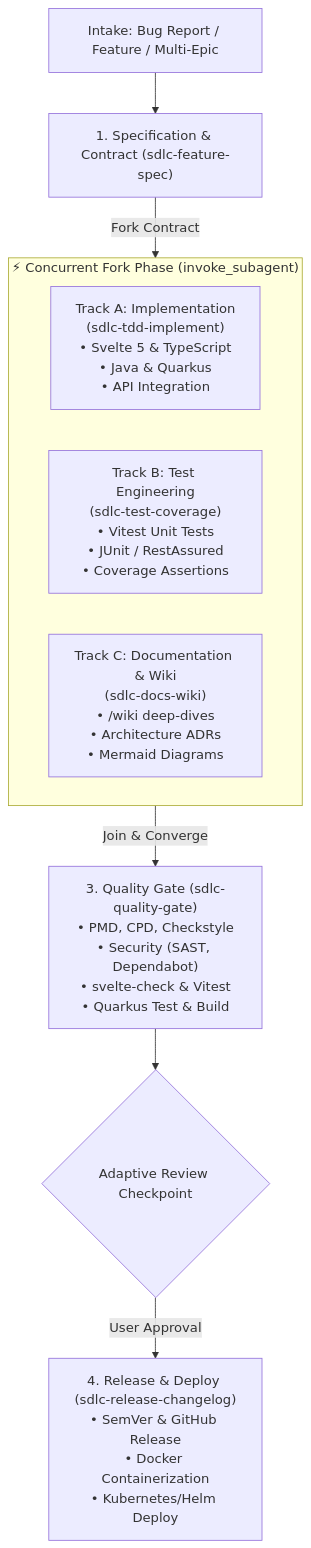
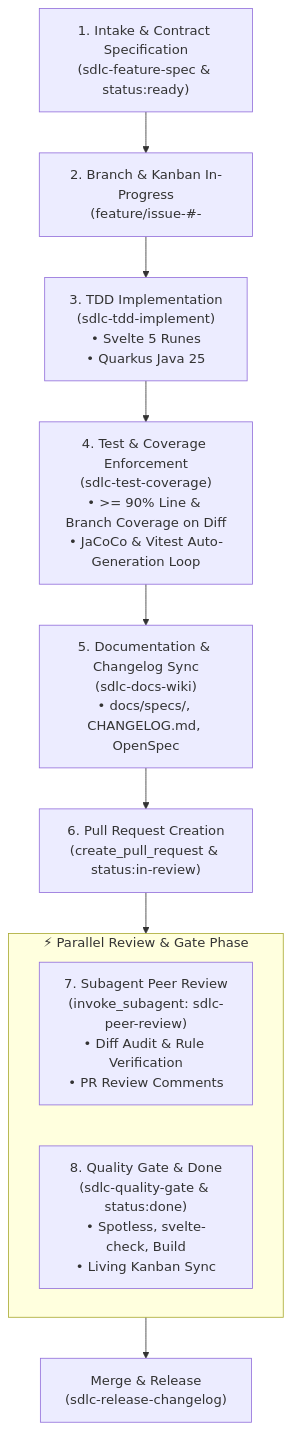
One commit to fmatar/sealit changed the diagram in .agent/skills/sdlc-flow/SKILL.md. Above: the diagram before and after it, drawn with Mermaid. The commit also changed other lines of this file and 28 other files, not shown here.

First line of the commit message:
feat(sdlc): introduce autonomous 8-stage lifecycle, Kanban management, and parallel peer reviews

````diff
--- a/.agent/skills/sdlc-flow/SKILL.md
+++ b/.agent/skills/sdlc-flow/SKILL.md
@@ -18,17 +17,17 @@
 ```mermaid
 flowchart TD
-    Trigger["Intake: Bug Report / Feature / Multi-Epic"] --> S1["1. Specification & Contract (sdlc-feature-spec)"]
+    S1["1. Intake & Contract Specification\n(sdlc-feature-spec & status:ready)"] --> S2["2. Branch & Kanban In-Progress\n(feature/issue-#<id>-<title> & status:in-progress)"]
+    S2 --> S3["3. TDD Implementation\n(sdlc-tdd-implement)\n• Svelte 5 Runes\n• Quarkus Java 25"]
+    S3 --> S4["4. Test & Coverage Enforcement\n(sdlc-test-coverage)\n• >= 90% Line & Branch Coverage on Diff\n• JaCoCo & Vitest Auto-Generation Loop"]
+    S4 --> S5["5. Documentation & Changelog Sync\n(sdlc-docs-wiki)\n• docs/specs/, CHANGELOG.md, OpenSpec"]
+    S5 --> S6["6. Pull Request Creation\n(create_pull_request & status:in-review)"]
     
-    subgraph ParallelFork ["⚡ Concurrent Fork Phase (invoke_subagent)"]
+    subgraph ParallelReview ["⚡ Parallel Review & Gate Phase"]
         direction LR
-        T1["Track A: Implementation\n(sdlc-tdd-implement)\n• Svelte 5 & TypeScript\n• Java & Quarkus\n• API Integration"]
-        T2["Track B: Test Engineering\n(sdlc-test-coverage)\n• Vitest Unit Tests\n• JUnit / RestAssured\n• Coverage Assertions"]
-        T3["Track C: Documentation & Wiki\n(sdlc-docs-wiki)\n• /wiki deep-dives\n• Architecture ADRs\n• Mermaid Diagrams"]
+        S7["7. Subagent Peer Review\n(invoke_subagent: sdlc-peer-review)\n• Diff Audit & Rule Verification\n• PR Review Comments"]
+        S8["8. Quality Gate & Done\n(sdlc-quality-gate & status:done)\n• Spotless, svelte-check, Build\n• Living Kanban Sync"]
     end
     
-    S1 -->|Fork Contract| ParallelFork
-    ParallelFork -->|Join & Converge| S4["3. Quality Gate (sdlc-quality-gate)\n• PMD, CPD, Checkstyle\n• Security (SAST, Dependabot)\n• svelte-check & Vitest\n• Quarkus Test & Build"]
-    
-    S4 --> Checkpoint{"Adaptive Review Checkpoint"}
-    Checkpoint -->|User Approval| S5["4. Release & Deploy (sdlc-release-changelog)\n• SemVer & GitHub Release\n• Docker Containerization\n• Kubernetes/Helm Deploy"]
+    S6 --> ParallelReview
+    ParallelReview --> Done["Merge & Release\n(sdlc-release-changelog)"]
 ```
````
